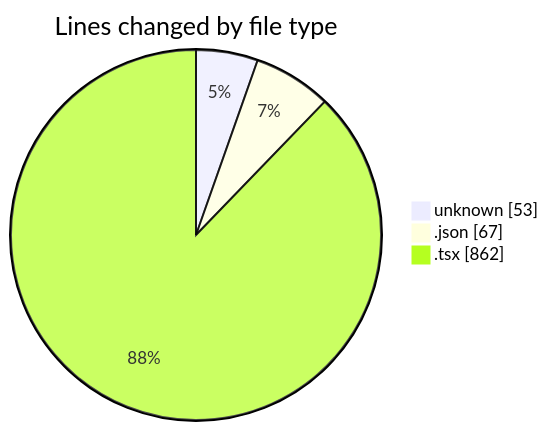
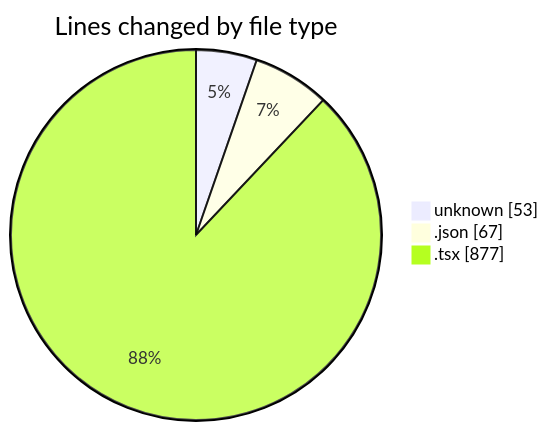
One commit to momahboobian/code-tracking changed the first of 2 diagrams in 2026-01-19/cda/README.md. Above: the diagram before and after it, drawn with Mermaid. The commit also changed other lines of this file and 1 other file, not shown here.

````diff
--- a/2026-01-19/cda/README.md
+++ b/2026-01-19/cda/README.md
@@ -24,7 +24,7 @@
 ```mermaid
 pie showData
 title Lines changed by file type
 "unknown" : 53
 ".json" : 67
-".tsx" : 862
+".tsx" : 877
 ```
````
